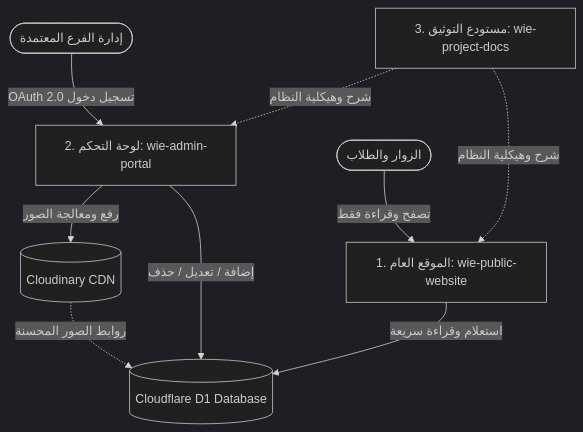
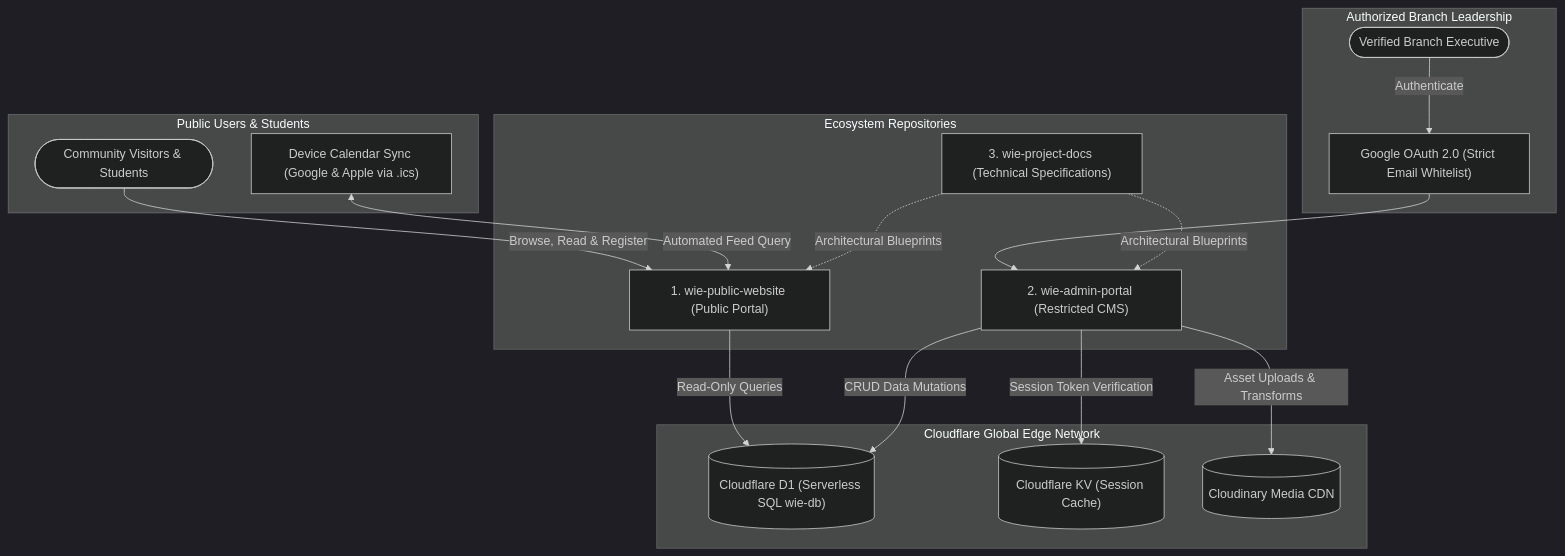
Before and after one commit to ieee-alhuson-wie/wie-project-docs: the diagram in README.md, drawn with Mermaid (dark theme). The commit also changed other lines of this file, not shown here.

Commit message:
docs: rewrite documentation in professional English with system architecture and engineering details

````diff
--- a/README.md
+++ b/README.md
@@ -12,14 +18,36 @@
 ```mermaid
-graph TD
-    User([الزوار والطلاب]) -->|تصفح وقراءة فقط| PublicSite[1. الموقع العام: wie-public-website]
-    Admin([إدارة الفرع المعتمدة]) -->|OAuth 2.0 تسجيل دخول| AdminPortal[2. لوحة التحكم: wie-admin-portal]
-    
-    AdminPortal -->|رفع ومعالجة الصور| Cloudinary[(Cloudinary CDN)]
-    Cloudinary -.->|روابط الصور المحسنة| D1[(Cloudflare D1 Database)]
-    
-    AdminPortal -->|إضافة / تعديل / حذف| D1
-    PublicSite -->|استعلام وقراءة سريعة| D1
-    
-    Docs[3. مستودع التوثيق: wie-project-docs] -.->|شرح وهيكلية النظام| PublicSite
-    Docs -.->|شرح وهيكلية النظام| AdminPortal
+flowchart TD
+    subgraph Clients ["Public Users & Students"]
+        Visitor([Community Visitors & Students])
+        CalendarSync["Device Calendar Sync (Google & Apple via .ics)"]
+    end
+
+    subgraph Repos ["Ecosystem Repositories"]
+        PublicApp["1. wie-public-website (Public Portal)"]
+        AdminApp["2. wie-admin-portal (Restricted CMS)"]
+        DocsRepo["3. wie-project-docs (Technical Specifications)"]
+    end
+
+    subgraph CloudInfrastructure ["Cloudflare Global Edge Network"]
+        D1[("Cloudflare D1 (Serverless SQL wie-db)")]
+        KV[("Cloudflare KV (Session Cache)")]
+        CloudinaryCDN[("Cloudinary Media CDN")]
+    end
+
+    subgraph Administrators ["Authorized Branch Leadership"]
+        Executive([Verified Branch Executive])
+        GoogleSSO["Google OAuth 2.0 (Strict Email Whitelist)"]
+    end
+
+    Visitor -->|Browse, Read & Register| PublicApp
+    CalendarSync <-->|Automated Feed Query| PublicApp
+    PublicApp -->|Read-Only Queries| D1
+
+    Executive -->|Authenticate| GoogleSSO --> AdminApp
+    AdminApp -->|Session Token Verification| KV
+    AdminApp -->|Asset Uploads & Transforms| CloudinaryCDN
+    AdminApp -->|CRUD Data Mutations| D1
+
+    DocsRepo -.->|Architectural Blueprints| PublicApp
+    DocsRepo -.->|Architectural Blueprints| AdminApp
 ```
````
